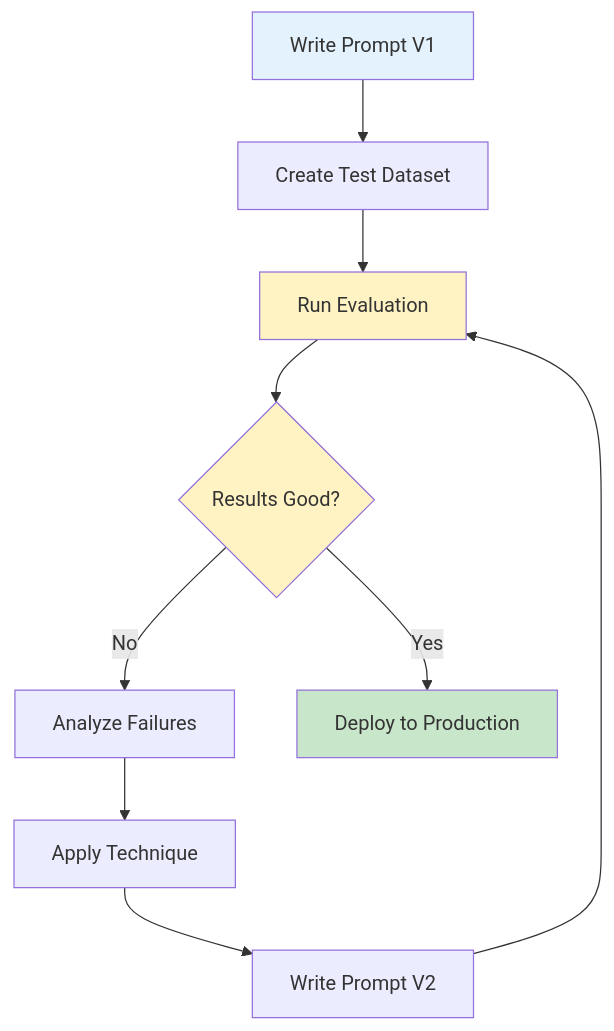
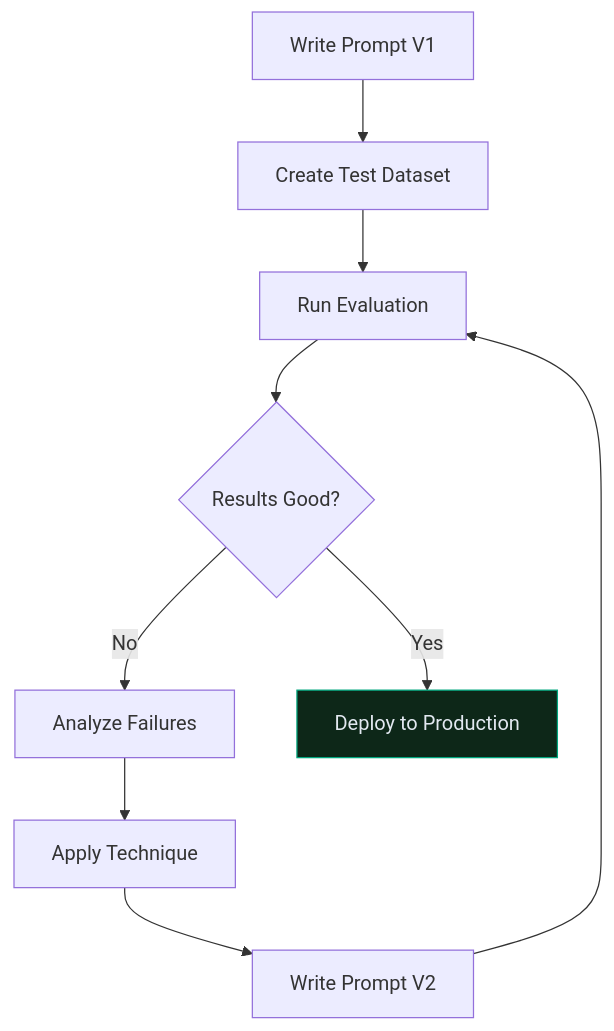
Before and after one commit to CagriCatik/claude-ollama-coder: the seventh of 9 diagrams in docs/03_AI-Fluency-Framework-Foundations.md, drawn with Mermaid. The commit also changed other lines of this file and 16 other files, not shown here.

````diff
--- a/docs/03_AI-Fluency-Framework-Foundations.md
+++ b/docs/03_AI-Fluency-Framework-Foundations.md
@@ -360,18 +351,15 @@
 ```mermaid
 graph TB
     A["Write Prompt V1"] --> B["Create Test Dataset"]
     B --> C["Run Evaluation"]
     C --> D{Results Good?}
     
     D -->|No| E["Analyze Failures"]
     E --> F["Apply Technique"]
     F --> G["Write Prompt V2"]
     G --> C
     
     D -->|Yes| H["Deploy to Production"]
     
-    style A fill:#e3f2fd
-    style C fill:#fff3c4
-    style D fill:#fff3c4
-    style H fill:#c8e6c9
+    style H fill:#0d2718,stroke:#00a67e,color:#e2e8f0
 ```
````
